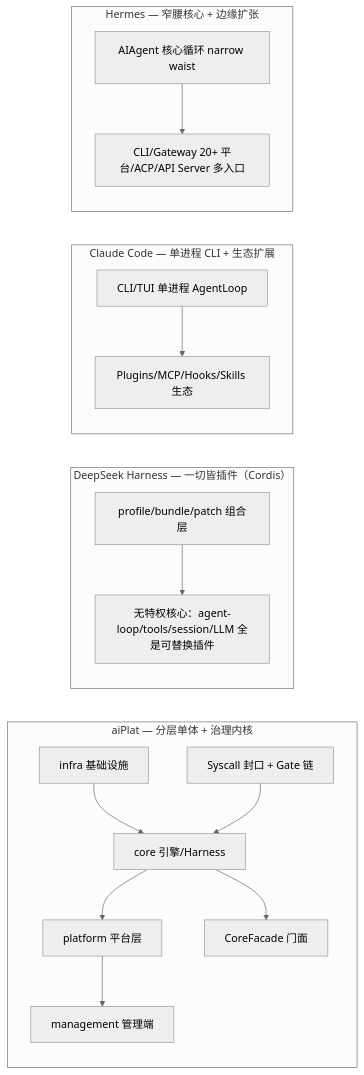
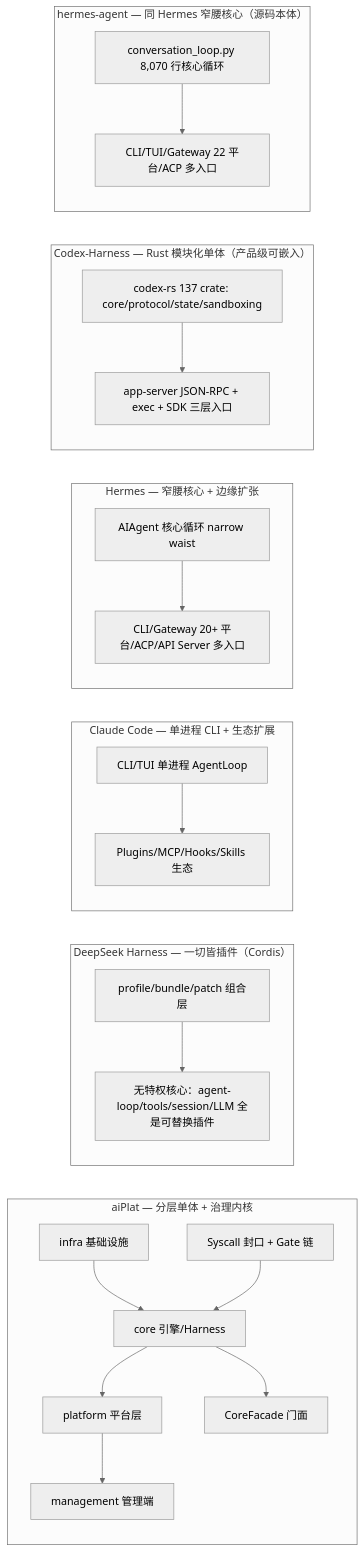
Before and after one commit to zhuxiangqun/aiPlatform: the diagram in docs/research/aiPlat核心能力对标报告.md, drawn with Mermaid (neutral theme). The commit also changed other lines of this file and 1 other file, not shown here.

Commit message:
docs(research): 对标报告扩为六系统——新增 Codex-Harness（文档级）+ hermes-agent（源码级）两列与协议面/导入/沙箱维度（clause-sync） (#110)

````diff
--- a/docs/research/aiPlat核心能力对标报告.md
+++ b/docs/research/aiPlat核心能力对标报告.md
@@ -404,28 +479,40 @@
 ```mermaid
 flowchart LR
   subgraph aiPlat["aiPlat — 分层单体 + 治理内核"]
     A1[infra 基础设施] --> A2[core 引擎/Harness]
     A2 --> A3[platform 平台层]
     A3 --> A4[management 管理端]
     A2 --> A5[CoreFacade 门面]
     A6[Syscall 封口 + Gate 链] --> A2
   end
 
   subgraph DSH["DeepSeek Harness — 一切皆插件（Cordis）"]
     B1[profile/bundle/patch 组合层]
     B2[无特权核心：agent-loop/tools/session/LLM 全是可替换插件]
     B1 --> B2
   end
 
   subgraph CC["Claude Code — 单进程 CLI + 生态扩展"]
     C1[CLI/TUI 单进程 AgentLoop]
     C2[Plugins/MCP/Hooks/Skills 生态]
     C1 --> C2
   end
 
   subgraph Hermes["Hermes — 窄腰核心 + 边缘扩张"]
     D1[AIAgent 核心循环 narrow waist]
     D2[CLI/Gateway 20+ 平台/ACP/API Server 多入口]
     D1 --> D2
   end
+
+  subgraph Codex["Codex-Harness — Rust 模块化单体（产品级可嵌入）"]
+    E1[codex-rs 137 crate: core/protocol/state/sandboxing]
+    E2[app-server JSON-RPC + exec + SDK 三层入口]
+    E1 --> E2
+  end
+
+  subgraph HA["hermes-agent — 同 Hermes 窄腰核心（源码本体）"]
+    F1[conversation_loop.py 8,070 行核心循环]
+    F2[CLI/TUI/Gateway 22 平台/ACP 多入口]
+    F1 --> F2
+  end
 ```
````
